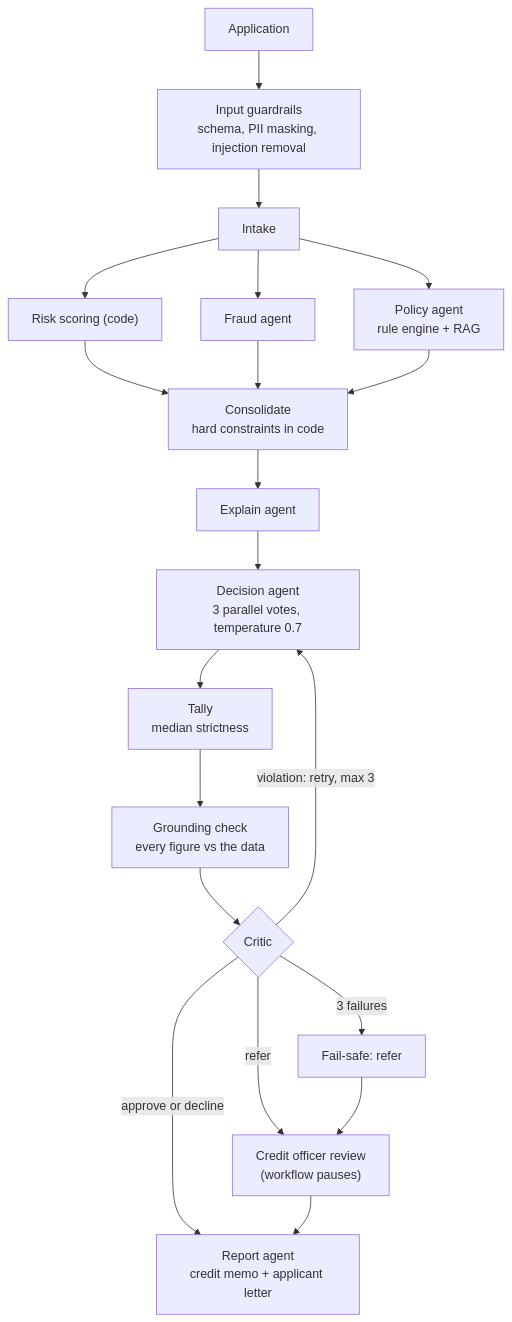
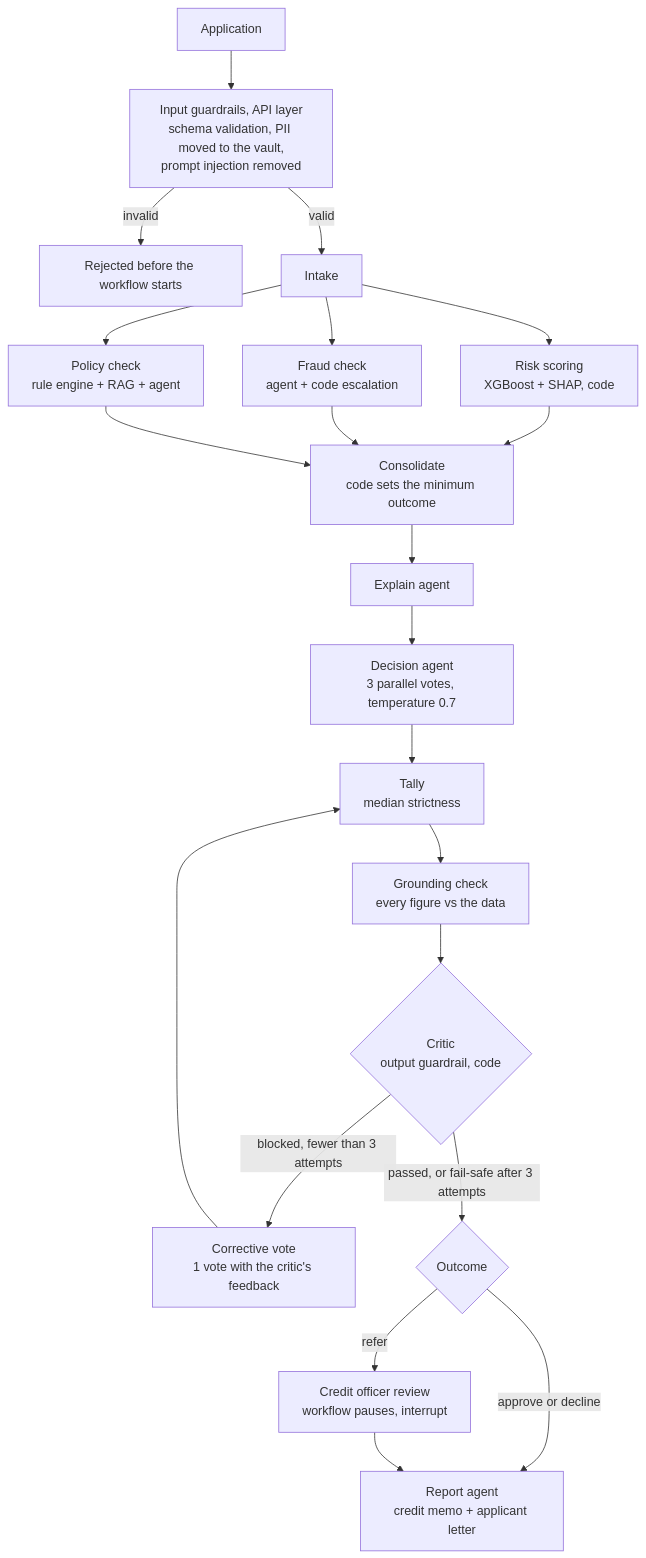
The second of 2 diagrams in README.md (manav-17/Creditmind), drawn with Mermaid before and after one commit. The commit also changed other lines of this file, not shown here.

Commit message:
docs: diagrams match the code exactly

````diff
--- a/README.md
+++ b/README.md
@@ -48,22 +49,23 @@
 ```mermaid
 flowchart TD
-    IN["Application"] --> GI["Input guardrails<br/>schema, PII masking, injection removal"]
-    GI --> IT["Intake"]
-    IT --> RS["Risk scoring (code)"]
-    IT --> FC["Fraud agent"]
-    IT --> PC["Policy agent<br/>rule engine + RAG"]
-    RS --> CO["Consolidate<br/>hard constraints in code"]
+    APP["Application"] --> GI["Input guardrails, API layer<br/>schema validation, PII moved to the vault,<br/>prompt injection removed"]
+    GI -->|"invalid"| REJ["Rejected before the workflow starts"]
+    GI -->|"valid"| IT["Intake"]
+    IT --> RS["Risk scoring<br/>XGBoost + SHAP, code"]
+    IT --> FC["Fraud check<br/>agent + code escalation"]
+    IT --> PC["Policy check<br/>rule engine + RAG + agent"]
+    RS --> CO["Consolidate<br/>code sets the minimum outcome"]
     FC --> CO
     PC --> CO
     CO --> EX["Explain agent"]
     EX --> DV["Decision agent<br/>3 parallel votes, temperature 0.7"]
     DV --> TA["Tally<br/>median strictness"]
     TA --> GR["Grounding check<br/>every figure vs the data"]
-    GR --> CR{"Critic"}
-    CR -->|"violation: retry, max 3"| DV
-    CR -->|"3 failures"| FS["Fail-safe: refer"]
-    CR -->|"refer"| HR["Credit officer review<br/>(workflow pauses)"]
-    CR -->|"approve or decline"| RP["Report agent<br/>credit memo + applicant letter"]
-    FS --> HR
+    GR --> CR{"Critic<br/>output guardrail, code"}
+    CR -->|"blocked, fewer than 3 attempts"| RV["Corrective vote<br/>1 vote with the critic's feedback"]
+    RV --> TA
+    CR -->|"passed, or fail-safe after 3 attempts"| OUT{"Outcome"}
+    OUT -->|"refer"| HR["Credit officer review<br/>workflow pauses, interrupt"]
+    OUT -->|"approve or decline"| RP["Report agent<br/>credit memo + applicant letter"]
     HR --> RP
 ```
````
